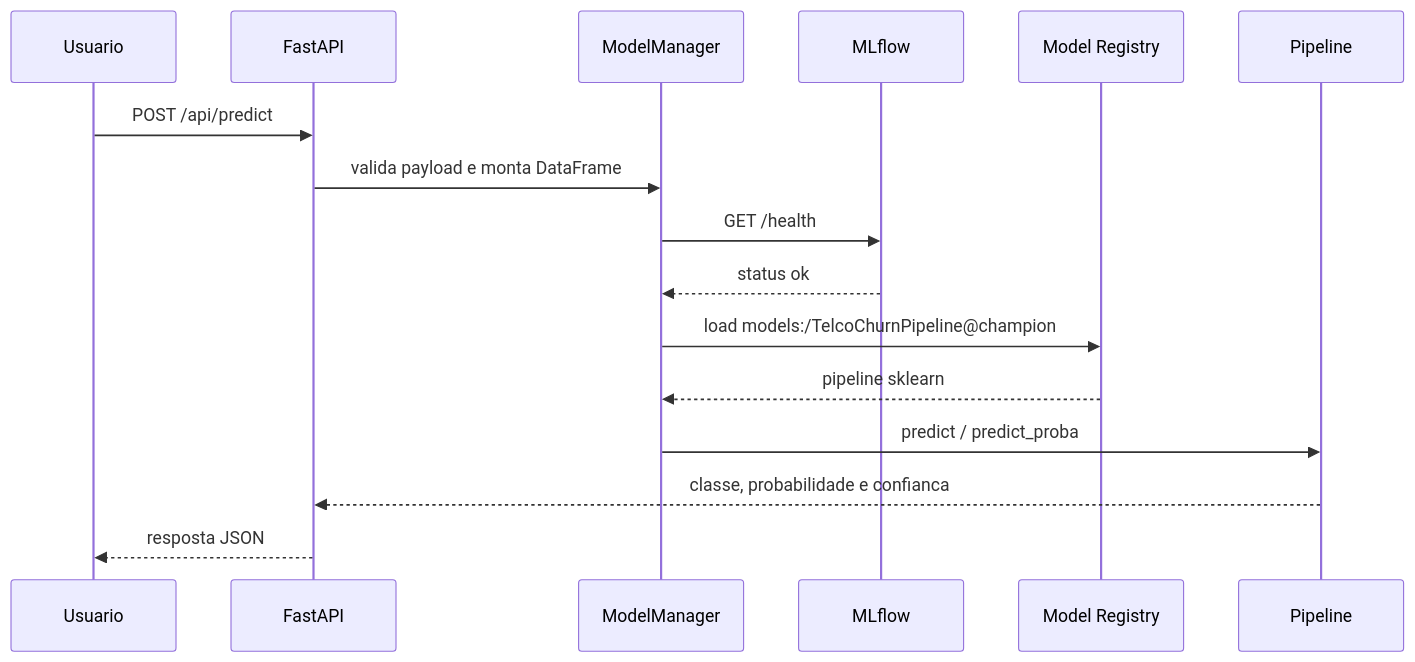
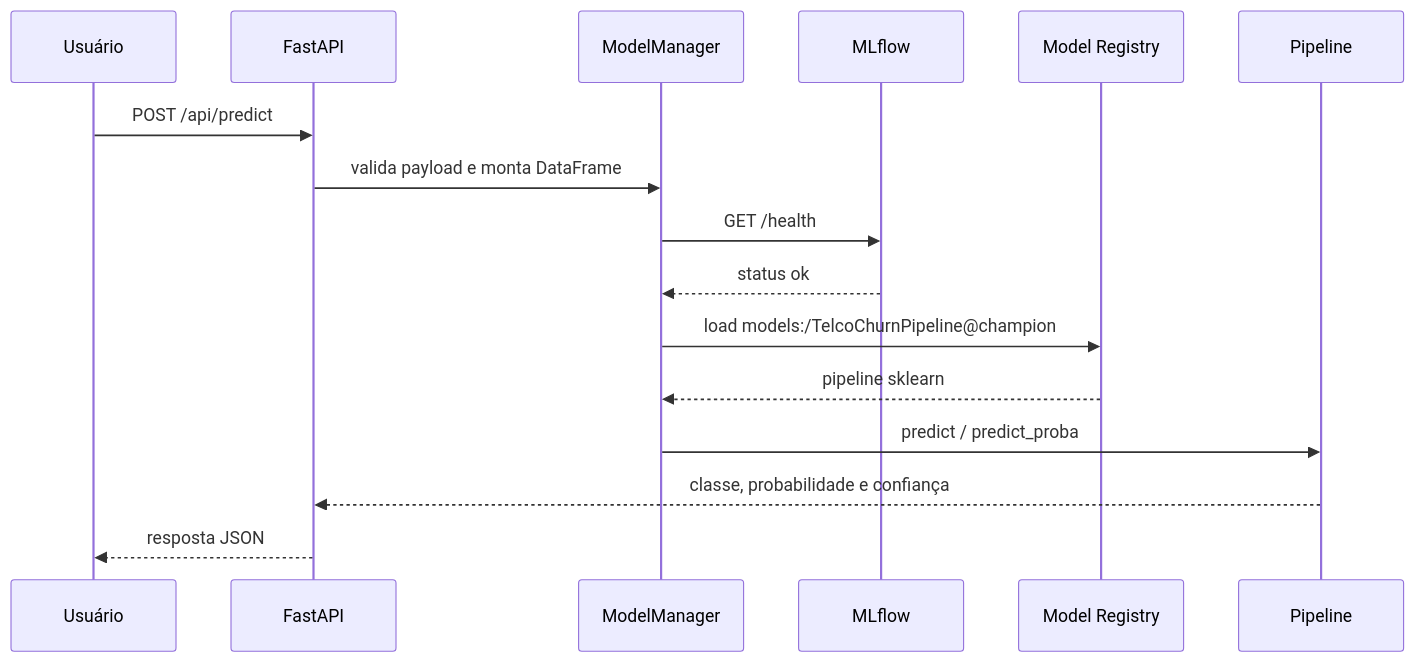
One commit to GusdPaula/MLENG_FIAP changed the third of 3 diagrams in fase_1/tech_challenge/README.md. Above: the diagram before and after it, drawn with Mermaid. The commit also changed other lines of this file and 24 other files, not shown here.

````diff
--- a/fase_1/tech_challenge/README.md
+++ b/fase_1/tech_challenge/README.md
@@ -118,19 +118,19 @@
 ```mermaid
 sequenceDiagram
-    participant User as Usuario
+    participant User as Usuário
     participant API as FastAPI
     participant Manager as ModelManager
     participant MLflow as MLflow
     participant Registry as Model Registry
     participant Model as Pipeline
 
     User->>API: POST /api/predict
     API->>Manager: valida payload e monta DataFrame
     Manager->>MLflow: GET /health
     MLflow-->>Manager: status ok
     Manager->>Registry: load models:/TelcoChurnPipeline@champion
     Registry-->>Manager: pipeline sklearn
     Manager->>Model: predict / predict_proba
-    Model-->>API: classe, probabilidade e confianca
+    Model-->>API: classe, probabilidade e confiança
     API-->>User: resposta JSON
 ```
````
